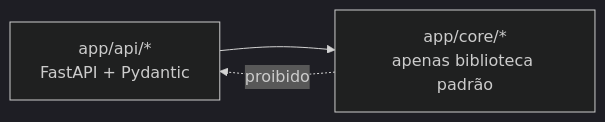
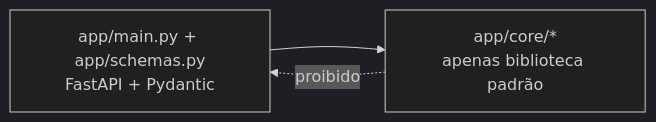
Before and after one commit to 0GabrielF0/BootCamp3: the second of 2 diagrams in docs/components.md, drawn with Mermaid (dark theme). The commit also changed other lines of this file and 2 other files, not shown here.

````diff
--- a/docs/components.md
+++ b/docs/components.md
@@ -208,5 +228,5 @@
 ```mermaid
 flowchart LR
-    A["app/api/*<br/>FastAPI + Pydantic"] --> B["app/core/*<br/>apenas biblioteca padrão"]
+    A["app/main.py + app/schemas.py<br/>FastAPI + Pydantic"] --> B["app/core/*<br/>apenas biblioteca padrão"]
     B -. proibido .-> A
 ```
````
